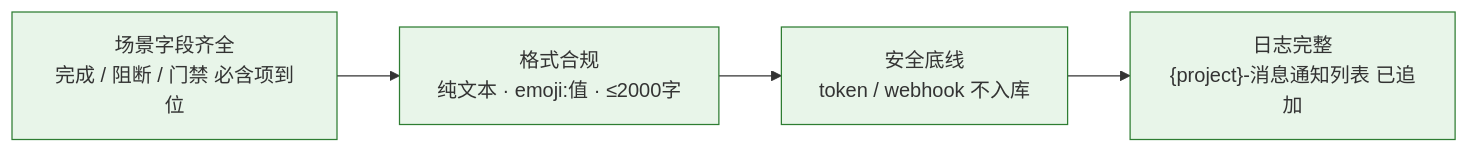
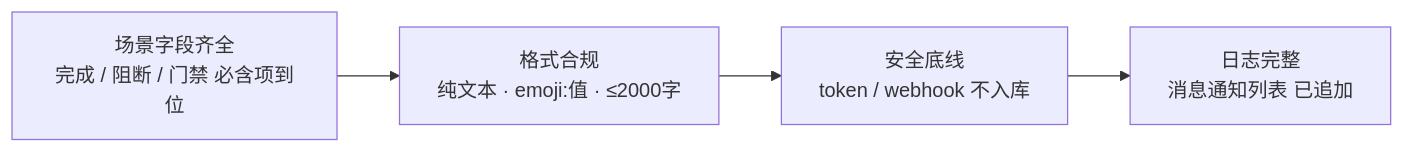
Before and after one commit to effiy/YrY: diagram 11 of 11 in skills/rui-bot/SKILL.md, drawn with Mermaid. The commit also changed other lines of this file and 61 other files, not shown here.

````diff
--- a/skills/rui-bot/SKILL.md
+++ b/skills/rui-bot/SKILL.md
@@ -397,8 +362,7 @@
 ```mermaid
 flowchart LR
     S1["场景字段齐全<br/>完成 / 阻断 / 门禁 必含项到位"]:::sig --> S2["格式合规<br/>纯文本 · emoji:值 · ≤2000字"]:::sig
     S2 --> S3["安全底线<br/>token / webhook 不入库"]:::sig
-    S3 --> S4["日志完整<br/>{project}-消息通知列表 已追加"]:::sig
+    S3 --> S4["日志完整<br/>消息通知列表 已追加"]:::sig
 
-    classDef sig fill:#e8f5e9,stroke:#2e7d32;
 ```
````
